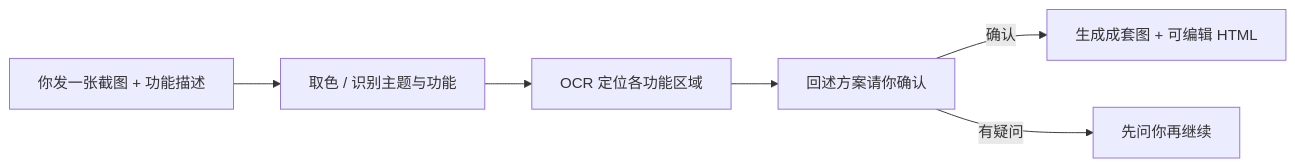
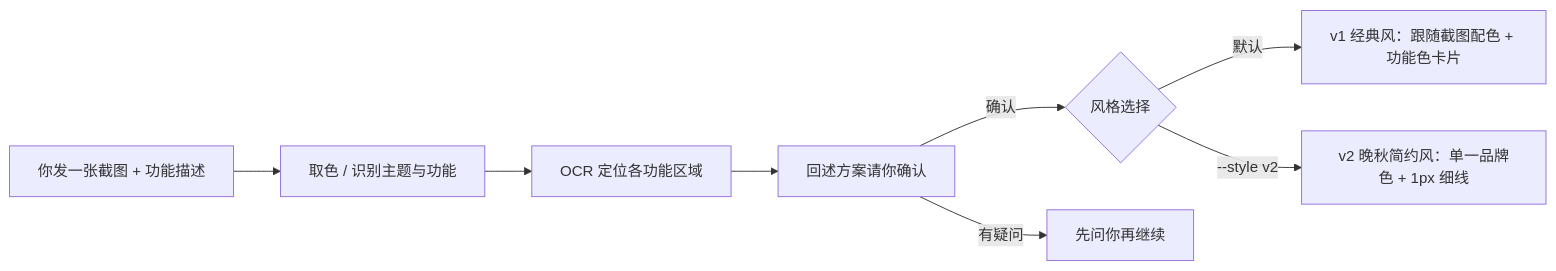
One commit to Wanqiu12345/screenshot-infographic-skill changed the first of 2 diagrams in README.md. Above: the diagram before and after it, drawn with Mermaid. The commit also changed other lines of this file, not shown here.

Commit message:
docs: 逐节补全 v2 说明（用法话术/安装验证/配置/流水线图）

````diff
--- a/README.md
+++ b/README.md
@@ -288,8 +296,10 @@
 ```mermaid
 flowchart LR
     A[你发一张截图 + 功能描述] --> B[取色 / 识别主题与功能]
     B --> C[OCR 定位各功能区域]
     C --> D[回述方案请你确认]
-    D -->|确认| E[生成成套图 + 可编辑 HTML]
+    D -->|确认| S{风格选择}
+    S -->|默认| E1[v1 经典风：跟随截图配色 + 功能色卡片]
+    S -->|--style v2| E2[v2 晚秋简约风：单一品牌色 + 1px 细线]
     D -->|有疑问| F[先问你再继续]
 ```
````
